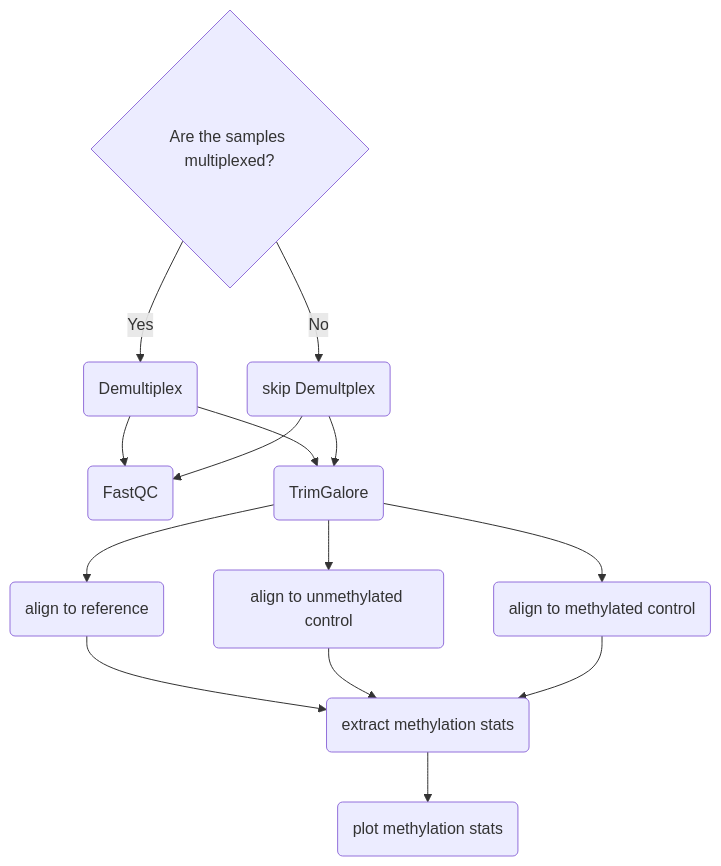
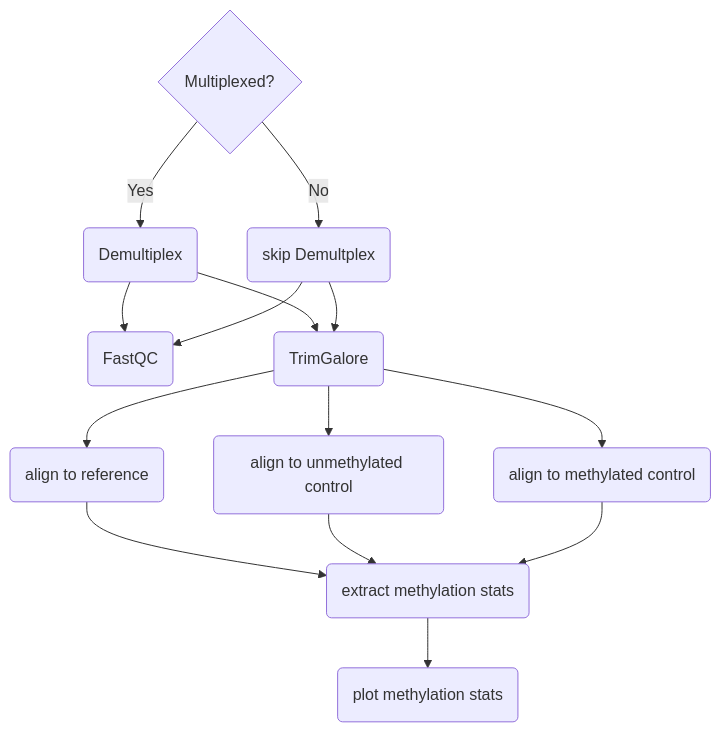
Before and after one commit to chelauk/nf-core-demultiplex-methylation: the diagram in docs/usage.md, drawn with Mermaid.

````diff
--- a/docs/usage.md
+++ b/docs/usage.md
@@ -7,17 +7,17 @@
 ```mermaid
 flowchart TD
-step1{Are the samples multiplexed?}
+step1{Multiplexed?}
 step1 -->|Yes| step1a(Demultiplex)
 step1 -->|No| step1b(skip Demultplex)
 step1a --> step2(FastQC)
 step1b --> step2(FastQC)
 step1a --> step3(TrimGalore)
 step1b --> step3(TrimGalore)
 step3 --> step4(align to reference)
 step3 --> step5(align to unmethylated control)
 step3 --> step6(align to methylated control)
 step4 --> step7(extract methylation stats)
 step5 --> step7(extract methylation stats)
 step6 --> step7(extract methylation stats)
 step7 --> step8(plot methylation stats)
 ```
````
